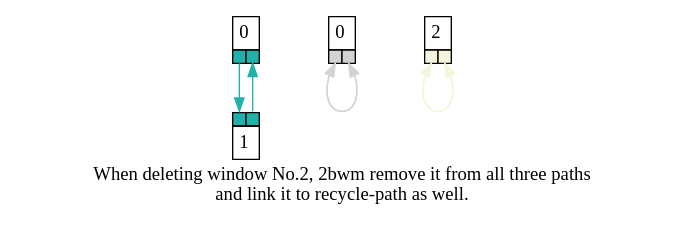
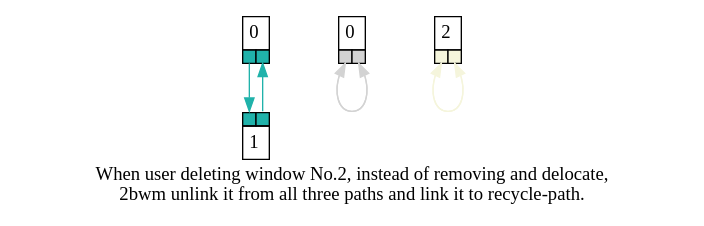
One commit to netcrop/2bwm changed the diagram in src/data2.gv. Above: the diagram before and after it, drawn with Graphviz. The commit also changed 7 other files, not shown here.

```diff
--- a/src/data2.gv
+++ b/src/data2.gv
@@ -1,53 +1,53 @@
 digraph ports {
     { rank=same;n0;n3;n5}
     { rank=same;n1;}
     splines=polyline;
     n0 [shape=none,margin=0,label=<
     <table border="0" cellborder="1" cellspacing="0" cellpadding="4">
         <tr>
             <td colspan="2">0</td>
         </tr>
         <tr>
             <td port="1" bgcolor="lightseagreen"></td>
             <td port="2" bgcolor="lightseagreen"></td>
         </tr>
     </table>>];
     n1 [shape=none,margin=0,label=<
     <table border="0" cellborder="1" cellspacing="0" cellpadding="4">
         <tr>
             <td port="1" bgcolor="lightseagreen"></td>
             <td port="2" bgcolor="lightseagreen"></td>
         </tr>
         <tr>
             <td colspan="2">1</td>
         </tr>
     </table>>];
     n3 [shape=none,margin=0,label=<
     <table border="0" cellborder="1" cellspacing="0" cellpadding="4">
         <tr>
             <td colspan="2">0</td>
         </tr>
         <tr>
             <td port="1" bgcolor="lightgrey"></td>
             <td port="2" bgcolor="lightgrey"></td>
         </tr>
     </table>>];
     n5 [shape=none,margin=0,label=<
     <table border="0" cellborder="1" cellspacing="0" cellpadding="4">
         <tr>
             <td colspan="2">2</td>
         </tr>
         <tr>
             <td port="1" bgcolor="beige"></td>
             <td port="2" bgcolor="beige"></td>
         </tr>
     </table>>];
     n0:1 -> n1:1 [arrowhead=normal,color=lightseagreen;weight=10;];
     n1:2 -> n0:2 [arrowhead=normal,color=lightseagreen;weight=10];
     n3:1:s -> n3:2:s [arrowhead=normal,color=lightgrey;weight=10];
     n3:2:s -> n3:1:s [arrowhead=normal,color=lightgrey;weight=10];
     n5:1:s -> n5:2:s [arrowhead=normal,color=beige;weight=10];
     n5:2:s -> n5:1:s [arrowhead=normal,color=beige;weight=10];
-label = "When deleting window No.2, 2bwm remove it from all three paths
-and link it to recycle-path as well.";
+label = "When user deleting window No.2, instead of removing and delocate,
+2bwm unlink it from all three paths and link it to recycle-path.";
 }
```
